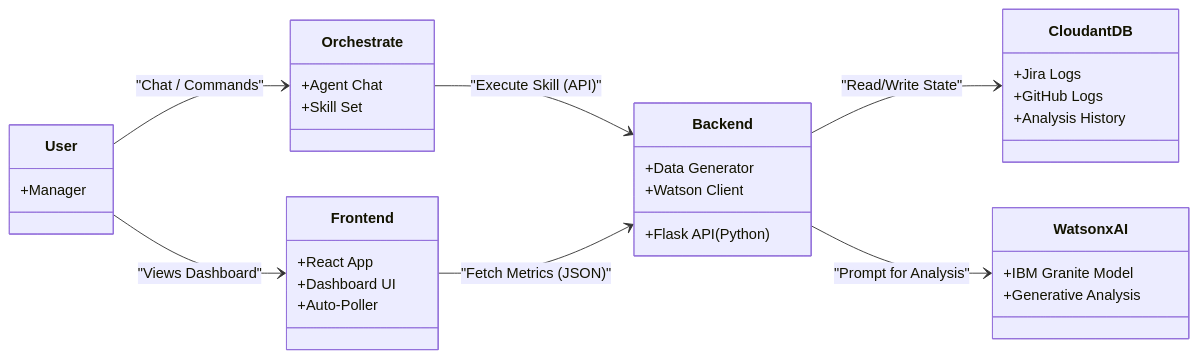
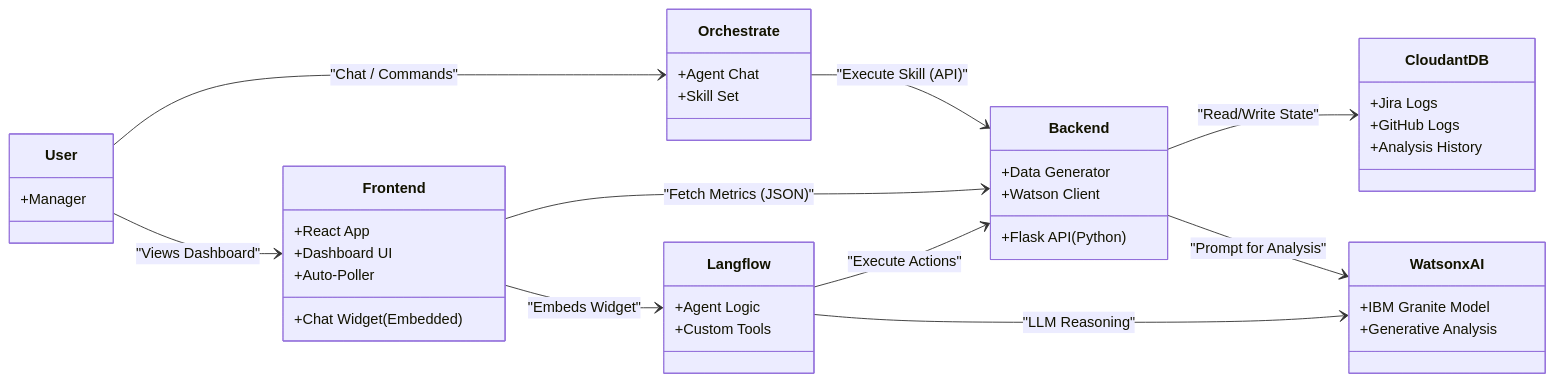
Before and after one commit to sagars2004/2026-ibm-watsonx-hackathon: the diagram in docs/component_architecture.mermaid, drawn with Mermaid. The commit also changed 10 other files, not shown here.

Commit message:
Finalize backend and frontend for submission

```diff
--- a/docs/component_architecture.mermaid
+++ b/docs/component_architecture.mermaid
@@ -1,41 +1,52 @@
 classDiagram
     direction LR
 
     class User {
         +Manager
     }
 
     class Orchestrate {
         +Agent Chat
         +Skill Set
     }
 
     class Frontend {
         +React App
         +Dashboard UI
         +Auto-Poller
+        +Chat Widget (Embedded)
     }
 
     class Backend {
         +Flask API (Python)
         +Data Generator
         +Watson Client
     }
 
     class CloudantDB {
         +Jira Logs
         +GitHub Logs
         +Analysis History
     }
 
     class WatsonxAI {
         +IBM Granite Model
         +Generative Analysis
     }
+    
+    class Langflow {
+        +Agent Logic
+        +Custom Tools
+    }
 
     User --> Orchestrate : "Chat / Commands"
     User --> Frontend : "Views Dashboard"
     Orchestrate --> Backend : "Execute Skill (API)"
     Frontend --> Backend : "Fetch Metrics (JSON)"
     Backend --> CloudantDB : "Read/Write State"
     Backend --> WatsonxAI : "Prompt for Analysis"
+    
+    %% New Additions
+    Frontend --> Langflow : "Embeds Widget"
+    Langflow --> Backend : "Execute Actions"
+    Langflow --> WatsonxAI : "LLM Reasoning"
```
